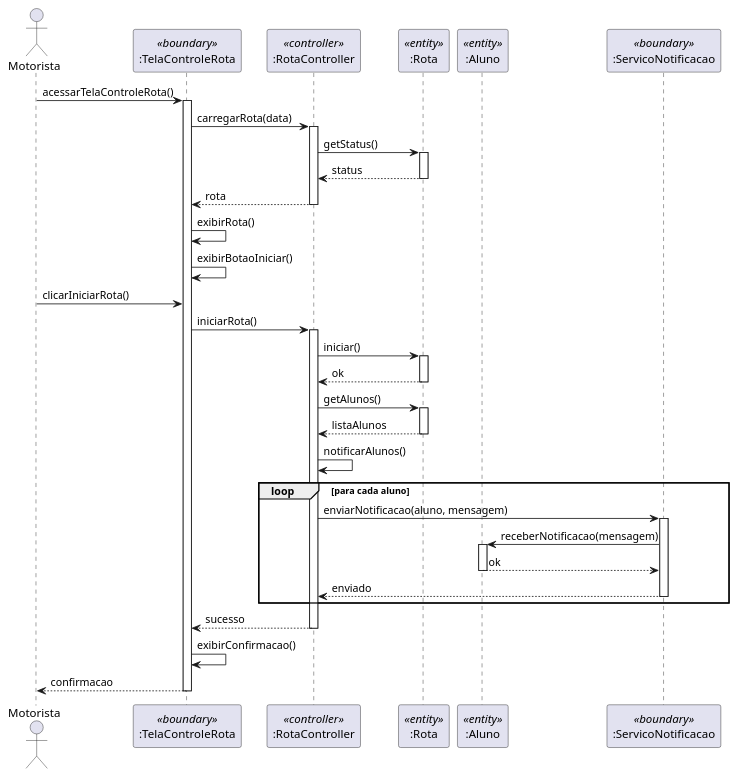
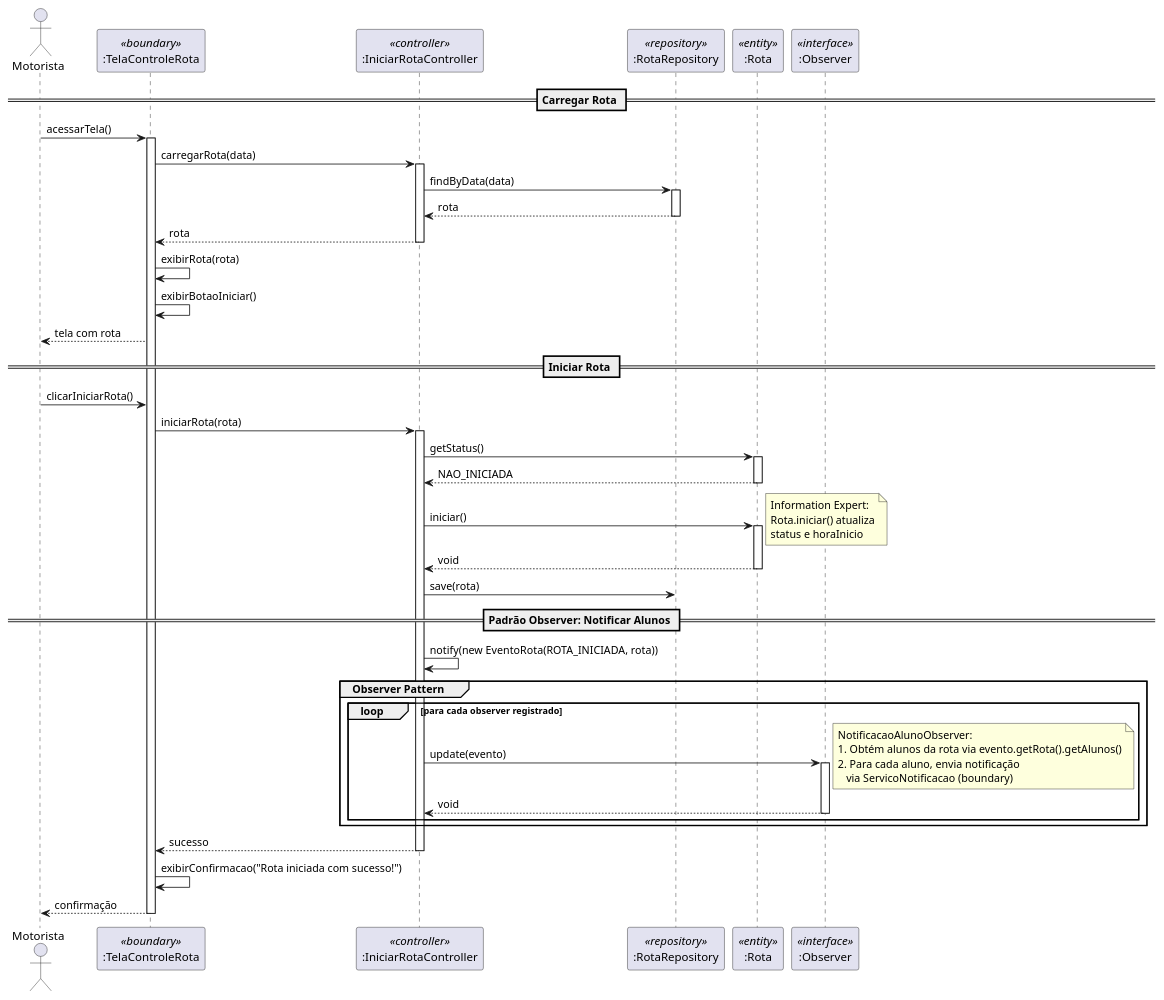
One commit to viniciusdias2902/modelagem_uml changed the diagram in sequencia/Caso_05_Sequencia.puml. Above: the diagram before and after it, drawn with PlantUML. The commit also changed other lines of this file and 4 other files, not shown here.

```diff
--- a/sequencia/Caso_05_Sequencia.puml
+++ b/sequencia/Caso_05_Sequencia.puml
@@ -1,68 +1,80 @@
 @startuml
 
 actor Motorista
+participant ":TelaControleRota" as TCR <<boundary>>
+participant ":IniciarRotaController" as IRC <<controller>>
+participant ":RotaRepository" as RR <<repository>>
+participant ":Rota" as R <<entity>>
+participant ":Observer" as OBS <<interface>>
 
-participant ":TelaControleRota" as TCR <<boundary>>
-participant ":RotaController" as RC <<controller>>
-participant ":Rota" as R <<entity>>
-participant ":Aluno" as A <<entity>>
-participant ":ServicoNotificacao" as SN <<boundary>>
+== Carregar Rota ==
 
-Motorista -> TCR: acessarTelaControleRota()
+Motorista -> TCR: acessarTela()
 activate TCR
 
-TCR -> RC: carregarRota(data)
-activate RC
+TCR -> IRC: carregarRota(data)
+activate IRC
 
-RC -> R: getStatus()
-activate R
-R --> RC: status
-deactivate R
+IRC -> RR: findByData(data)
+activate RR
+RR --> IRC: rota
+deactivate RR
 
-RC --> TCR: rota
-deactivate RC
+IRC --> TCR: rota
+deactivate IRC
 
-TCR -> TCR: exibirRota()
+TCR -> TCR: exibirRota(rota)
 TCR -> TCR: exibirBotaoIniciar()
+TCR --> Motorista: tela com rota
+
+== Iniciar Rota ==
 
 Motorista -> TCR: clicarIniciarRota()
 
-TCR -> RC: iniciarRota()
-activate RC
+TCR -> IRC: iniciarRota(rota)
+activate IRC
 
-RC -> R: iniciar()
+IRC -> R: getStatus()
 activate R
-R --> RC: ok
+R --> IRC: NAO_INICIADA
 deactivate R
 
-RC -> R: getAlunos()
+IRC -> R: iniciar()
 activate R
-R --> RC: listaAlunos
+note right
+  Information Expert:
+  Rota.iniciar() atualiza
+  status e horaInicio
+end note
+R --> IRC: void
 deactivate R
 
-RC -> RC: notificarAlunos()
+IRC -> RR: save(rota)
 
-loop para cada aluno
-    RC -> SN: enviarNotificacao(aluno, mensagem)
-    activate SN
-    
-    SN -> A: receberNotificacao(mensagem)
-    activate A
-    A --> SN: ok
-    deactivate A
-    
-    SN --> RC: enviado
-    deactivate SN
+== Padrão Observer: Notificar Alunos ==
+
+IRC -> IRC: notify(new EventoRota(ROTA_INICIADA, rota))
+
+group Observer Pattern
+    loop para cada observer registrado
+        IRC -> OBS: update(evento)
+        activate OBS
+        note right
+          NotificacaoAlunoObserver:
+          1. Obtém alunos da rota via evento.getRota().getAlunos()
+          2. Para cada aluno, envia notificação
+             via ServicoNotificacao (boundary)
+        end note
+        OBS --> IRC: void
+        deactivate OBS
+    end
 end
 
-RC --> TCR: sucesso
-deactivate RC
+IRC --> TCR: sucesso
+deactivate IRC
 
-TCR -> TCR: exibirConfirmacao()
-
-TCR --> Motorista: confirmacao
+TCR -> TCR: exibirConfirmacao("Rota iniciada com sucesso!")
+TCR --> Motorista: confirmação
 deactivate TCR
 
-
-
 @enduml
```
